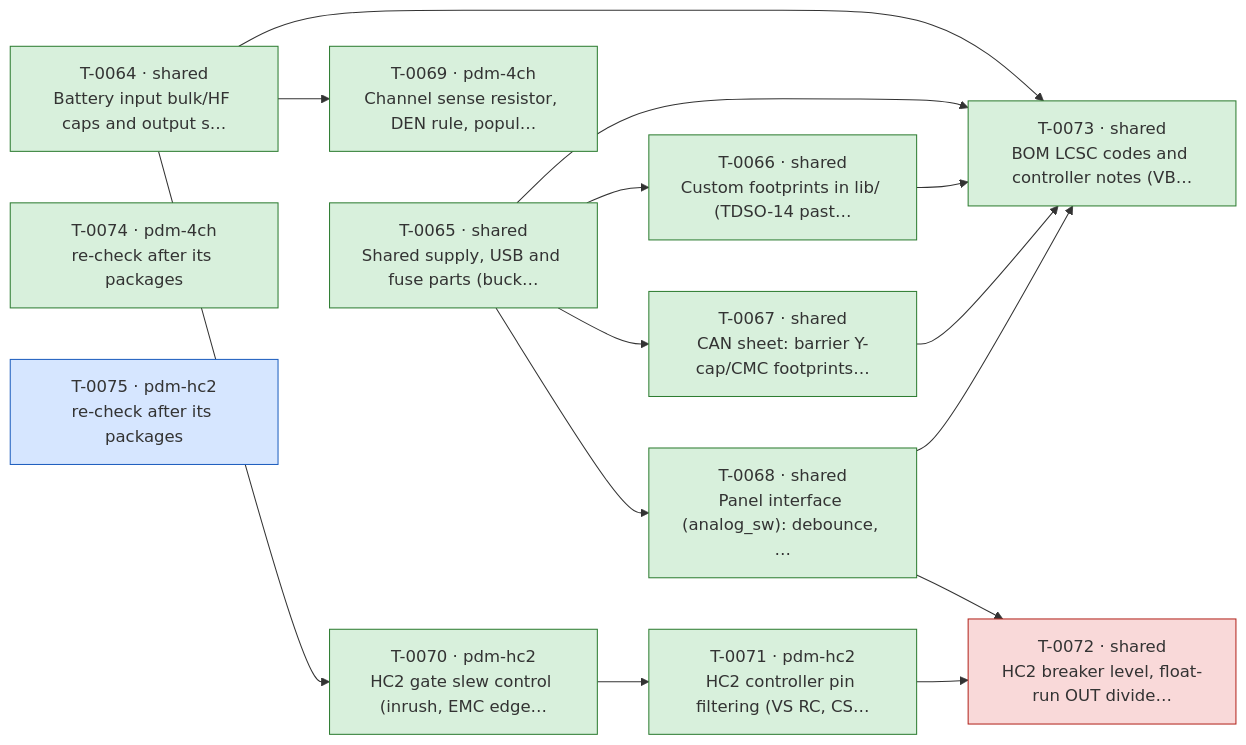
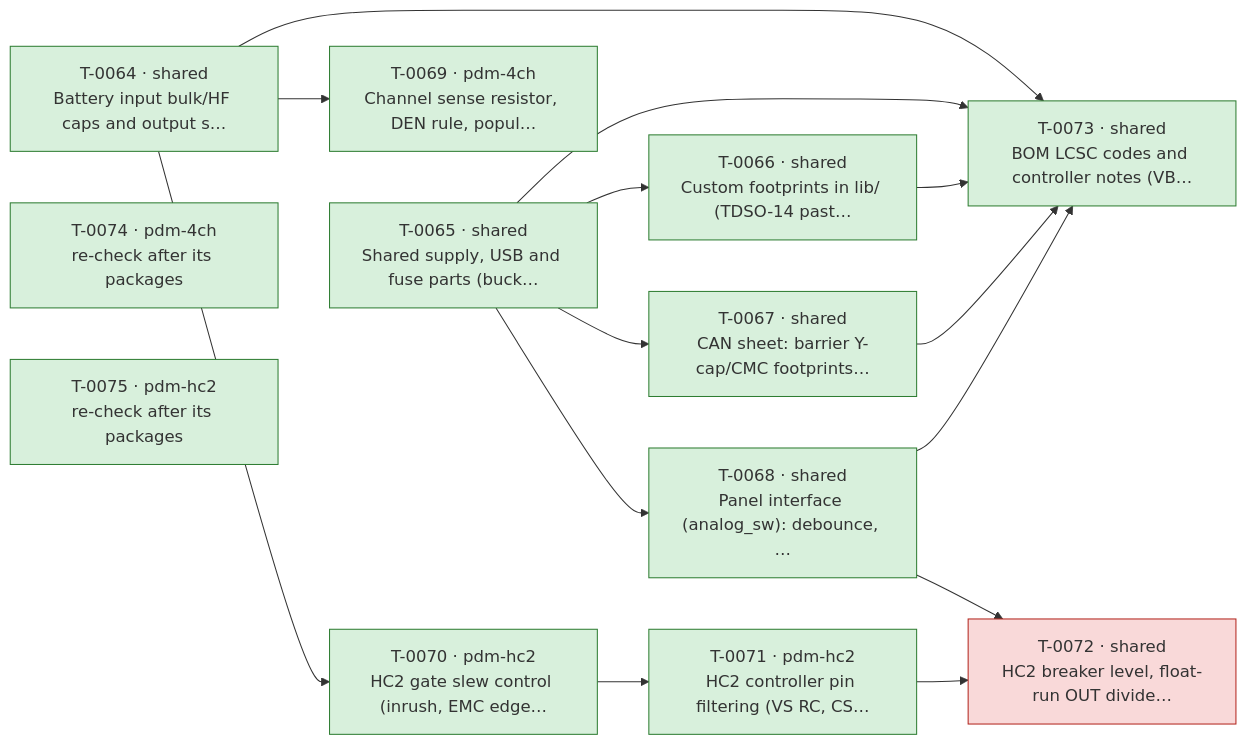
The diagram in docs/ROADMAP.md (plektra/ESP32-PDM), drawn with Mermaid before and after one commit. The commit also changed other lines of this file and 2 other files, not shown here.

First line of the commit message:
Auto: validator pdm-hc2 (T-0075): 0 decided by agents, 0 for the owner, 0 duplicates

````diff
--- a/docs/ROADMAP.md
+++ b/docs/ROADMAP.md
@@ -18,32 +18,32 @@
 ```mermaid
 flowchart LR
   T0064["T-0064 · shared<br/>Battery input bulk/HF caps and output s…"]:::done
   T0065["T-0065 · shared<br/>Shared supply, USB and fuse parts (buck…"]:::done
   T0066["T-0066 · shared<br/>Custom footprints in lib/ (TDSO-14 past…"]:::done
   T0067["T-0067 · shared<br/>CAN sheet: barrier Y-cap/CMC footprints…"]:::done
   T0068["T-0068 · shared<br/>Panel interface (analog_sw): debounce, …"]:::done
   T0069["T-0069 · pdm-4ch<br/>Channel sense resistor, DEN rule, popul…"]:::done
   T0070["T-0070 · pdm-hc2<br/>HC2 gate slew control (inrush, EMC edge…"]:::done
   T0071["T-0071 · pdm-hc2<br/>HC2 controller pin filtering (VS RC, CS…"]:::done
   T0072["T-0072 · shared<br/>HC2 breaker level, float-run OUT divide…"]:::failed
   T0073["T-0073 · shared<br/>BOM LCSC codes and controller notes (VB…"]:::done
   T0074["T-0074 · pdm-4ch<br/>re-check after its packages"]:::done
-  T0075["T-0075 · pdm-hc2<br/>re-check after its packages"]:::running
+  T0075["T-0075 · pdm-hc2<br/>re-check after its packages"]:::done
   T0065 --> T0066
   T0065 --> T0067
   T0065 --> T0068
   T0064 --> T0069
   T0064 --> T0070
   T0070 --> T0071
   T0068 --> T0072
   T0071 --> T0072
   T0064 --> T0073
   T0065 --> T0073
   T0066 --> T0073
   T0067 --> T0073
   T0068 --> T0073
   classDef done fill:#d8f0dc,stroke:#2e7d32
   classDef running fill:#d6e6ff,stroke:#1f5fbf
   classDef ready fill:#f2f2f2,stroke:#888
   classDef failed fill:#f9d9d9,stroke:#b3261e
 ```
````
